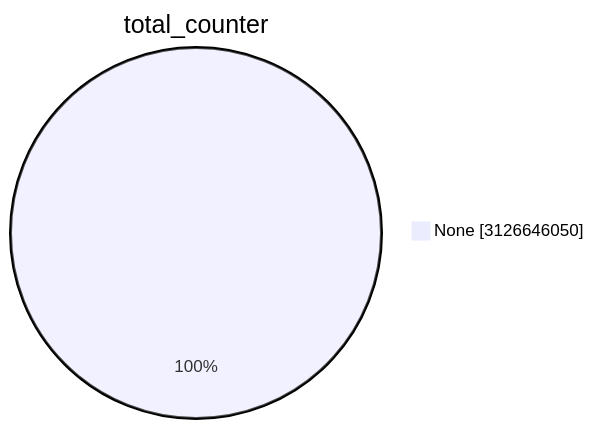
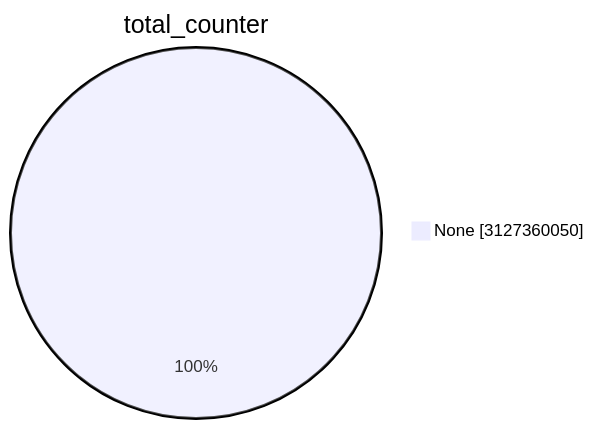
The first of 15 diagrams in TOTAL/README.md (christiankrug/ctmonitor_visualization), drawn with Mermaid before and after one commit. The commit also changed other lines of this file, not shown here.

````diff
--- a/TOTAL/README.md
+++ b/TOTAL/README.md
@@ -1,5 +1,5 @@
 ```mermaid
 pie showData
 title total_counter
-"None" :3126646050
+"None" :3127360050
 ```
````
